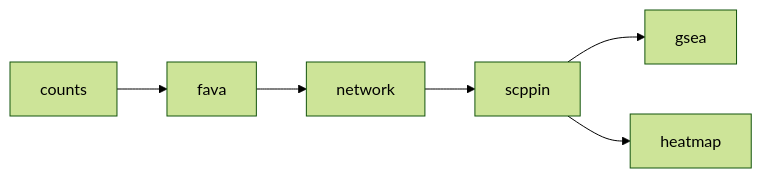
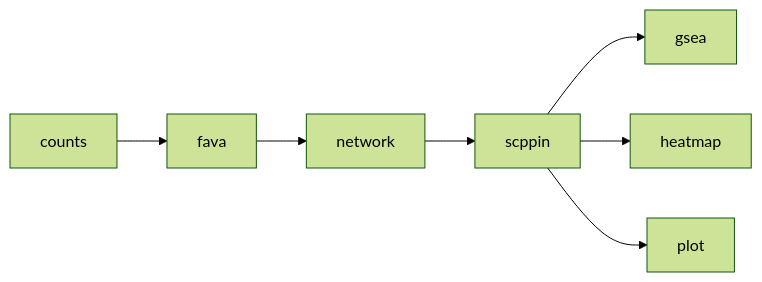
Before and after one commit to shahrozeabbas/pcst-ad: the diagram in README.md, drawn with Mermaid (forest theme). The commit also changed other lines of this file and 23 other files, not shown here.

````diff
--- a/README.md
+++ b/README.md
@@ -13,8 +13,9 @@
 ```mermaid
 graph LR
     A[counts] --> B[fava]
     B --> C[network]
     C --> D[scppin]
     D --> E[gsea]
     D --> F[heatmap]
+    D --> G[plot]
 ```
````
